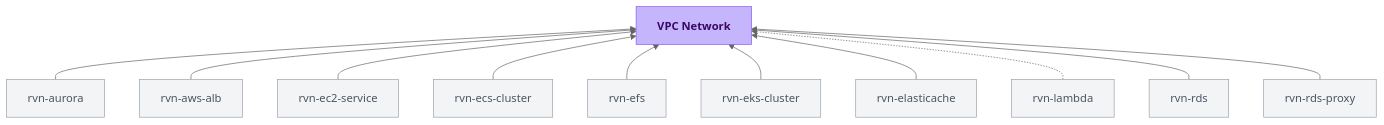
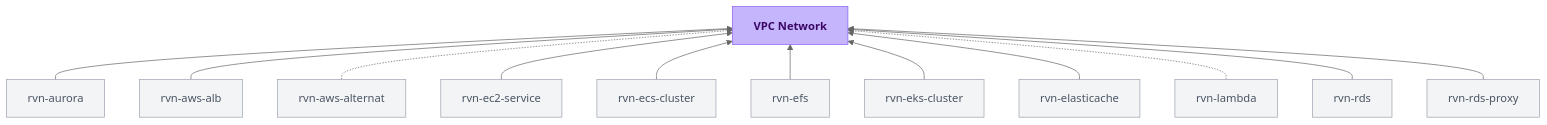
One commit to ravionhq/docs changed the diagram in module-definitions/catalog/rvn-aws-network.mdx. Above: the diagram before and after it, drawn with Mermaid (neutral theme). The commit also changed 3 other files, not shown here.

Commit message:
chore: sync module catalog docs

````diff
--- a/module-definitions/catalog/rvn-aws-network.mdx
+++ b/module-definitions/catalog/rvn-aws-network.mdx
@@ -16,32 +16,34 @@
 ```mermaid
 flowchart BT
   rvn_aurora["rvn-aurora"] --> rvn_aws_network["<strong>VPC Network</strong>"]
   rvn_aws_alb["rvn-aws-alb"] --> rvn_aws_network
+  rvn_aws_alternat["rvn-aws-alternat"] -.-> rvn_aws_network
   rvn_ec2_service["rvn-ec2-service"] --> rvn_aws_network
   rvn_ecs_cluster["rvn-ecs-cluster"] --> rvn_aws_network
   rvn_efs["rvn-efs"] --> rvn_aws_network
   rvn_eks_cluster["rvn-eks-cluster"] --> rvn_aws_network
   rvn_elasticache["rvn-elasticache"] --> rvn_aws_network
   rvn_lambda["rvn-lambda"] -.-> rvn_aws_network
   rvn_rds["rvn-rds"] --> rvn_aws_network
   rvn_rds_proxy["rvn-rds-proxy"] --> rvn_aws_network
 
   class rvn_aws_network current
-  class rvn_aurora,rvn_aws_alb,rvn_ec2_service,rvn_ecs_cluster,rvn_efs,rvn_eks_cluster,rvn_elasticache,rvn_lambda,rvn_rds,rvn_rds_proxy consumer
+  class rvn_aurora,rvn_aws_alb,rvn_aws_alternat,rvn_ec2_service,rvn_ecs_cluster,rvn_efs,rvn_eks_cluster,rvn_elasticache,rvn_lambda,rvn_rds,rvn_rds_proxy consumer
 
   classDef current fill:#C4B5FD,stroke:#8B5CF6,color:#3B0764
   classDef dependency fill:#FAF8FF,stroke:#DDD6FE,color:#6D28D9
   classDef consumer fill:#F3F4F6,stroke:#9CA3AF,color:#4B5563
   classDef upstream fill:#F8FAFC,stroke:#CBD5E1,color:#94A3B8
 
   click rvn_aurora "/module-definitions/catalog/rvn-aurora" "Open rvn-aurora docs"
   click rvn_aws_alb "/module-definitions/catalog/rvn-aws-alb" "Open rvn-aws-alb docs"
+  click rvn_aws_alternat "/module-definitions/catalog/rvn-aws-alternat" "Open rvn-aws-alternat docs"
   click rvn_ec2_service "/module-definitions/catalog/rvn-ec2-service" "Open rvn-ec2-service docs"
   click rvn_ecs_cluster "/module-definitions/catalog/rvn-ecs-cluster" "Open rvn-ecs-cluster docs"
   click rvn_efs "/module-definitions/catalog/rvn-efs" "Open rvn-efs docs"
   click rvn_eks_cluster "/module-definitions/catalog/rvn-eks-cluster" "Open rvn-eks-cluster docs"
   click rvn_elasticache "/module-definitions/catalog/rvn-elasticache" "Open rvn-elasticache docs"
   click rvn_lambda "/module-definitions/catalog/rvn-lambda" "Open rvn-lambda docs"
   click rvn_rds "/module-definitions/catalog/rvn-rds" "Open rvn-rds docs"
   click rvn_rds_proxy "/module-definitions/catalog/rvn-rds-proxy" "Open rvn-rds-proxy docs"
 ```
````
